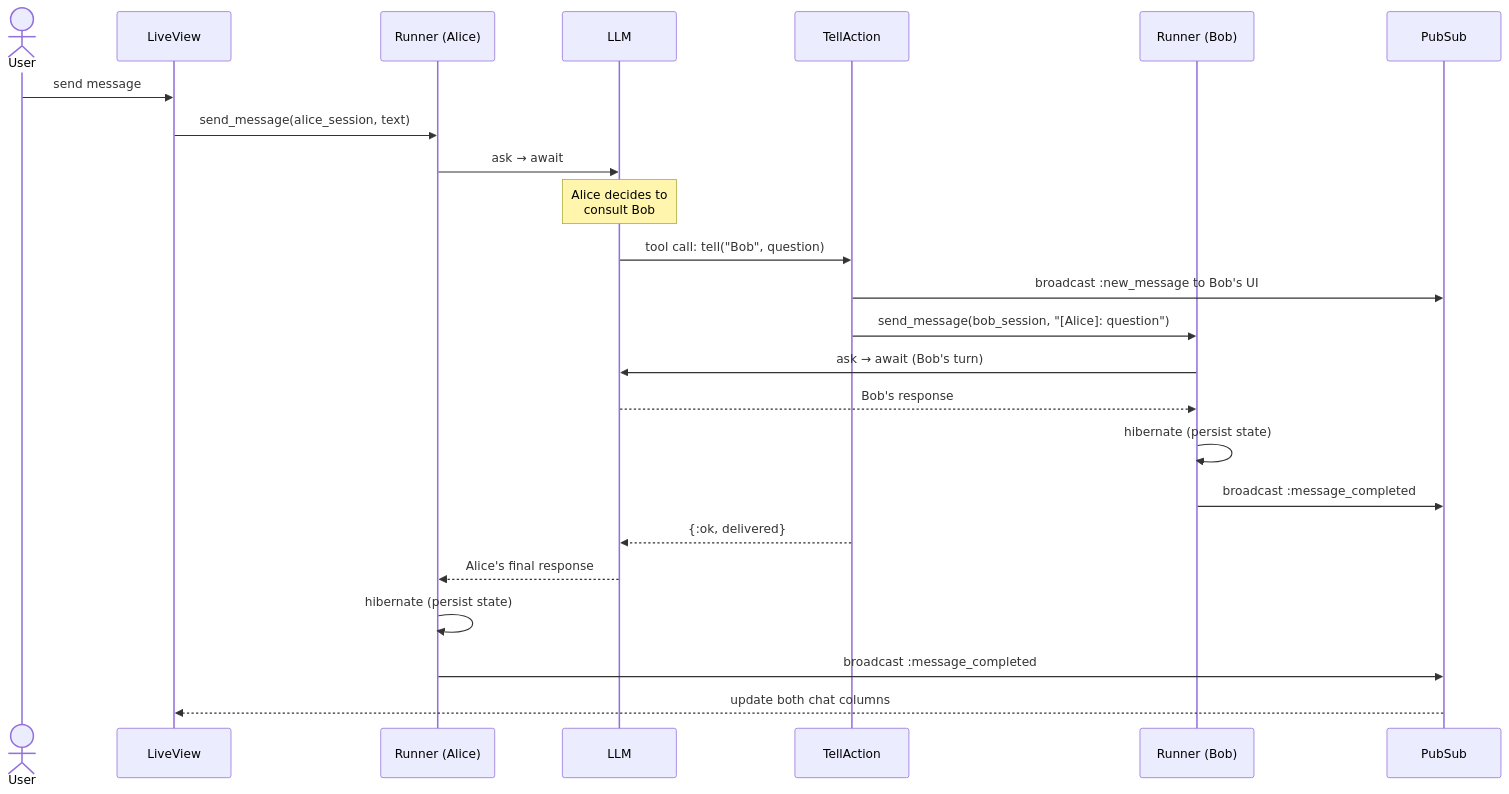
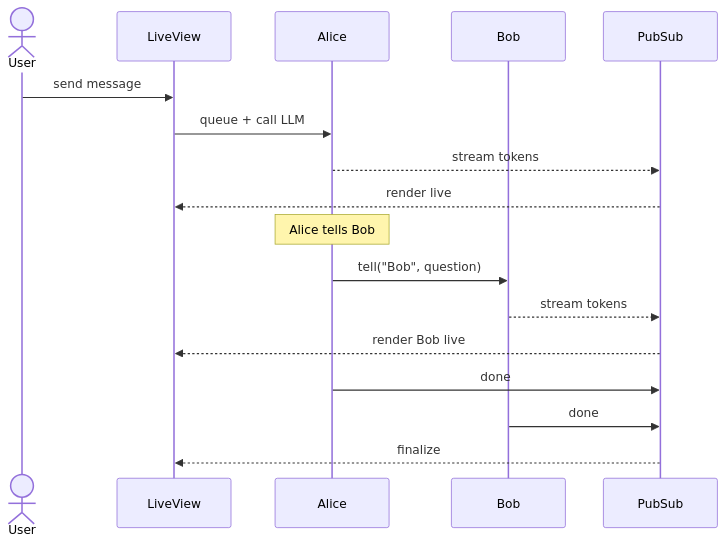
One commit to VMinB12/murmur changed the second of 2 diagrams in README.md. Above: the diagram before and after it, drawn with Mermaid. The commit also changed other lines of this file, not shown here.

Commit message:
refine README diagrams

````diff
--- a/README.md
+++ b/README.md
@@ -38,32 +50,22 @@
 ```mermaid
 sequenceDiagram
     actor User
     participant UI as LiveView
-    participant RA as Runner (Alice)
-    participant LLM as LLM
-    participant Tell as TellAction
-    participant RB as Runner (Bob)
+    participant RA as Alice
+    participant RB as Bob
     participant PS as PubSub
 
     User->>UI: send message
-    UI->>RA: send_message(alice_session, text)
-    RA->>LLM: ask → await
+    UI->>RA: queue + call LLM
+    RA-->>PS: stream tokens
+    PS-->>UI: render live
 
-    Note over LLM: Alice decides to<br/>consult Bob
+    Note over RA: Alice tells Bob
+    RA->>RB: tell("Bob", question)
+    RB-->>PS: stream tokens
+    PS-->>UI: render Bob live
 
-    LLM->>Tell: tool call: tell("Bob", question)
-    Tell->>PS: broadcast :new_message to Bob's UI
-    Tell->>RB: send_message(bob_session, "[Alice]: question")
-
-    RB->>LLM: ask → await (Bob's turn)
-    LLM-->>RB: Bob's response
-    RB->>RB: hibernate (persist state)
-    RB->>PS: broadcast :message_completed
-
-    Tell-->>LLM: {:ok, delivered}
-    LLM-->>RA: Alice's final response
-    RA->>RA: hibernate (persist state)
-    RA->>PS: broadcast :message_completed
-
-    PS-->>UI: update both chat columns
+    RA->>PS: done
+    RB->>PS: done
+    PS-->>UI: finalize
 ```
````
